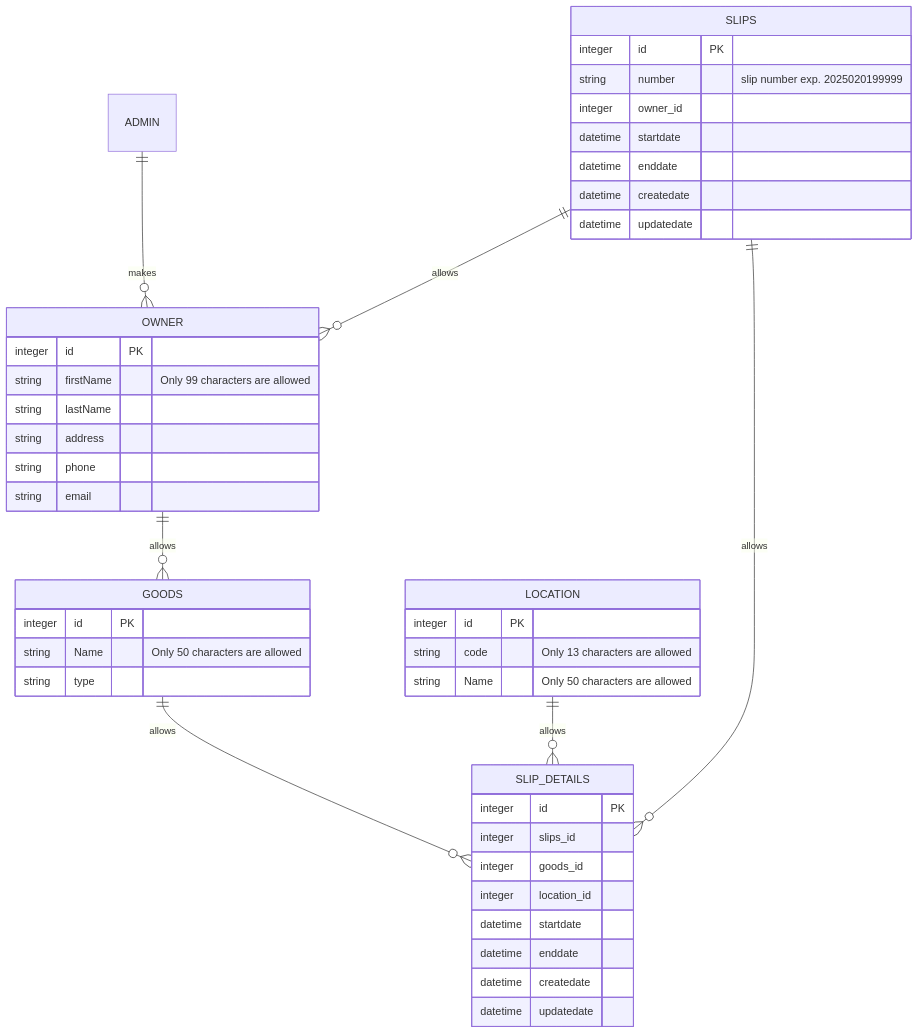
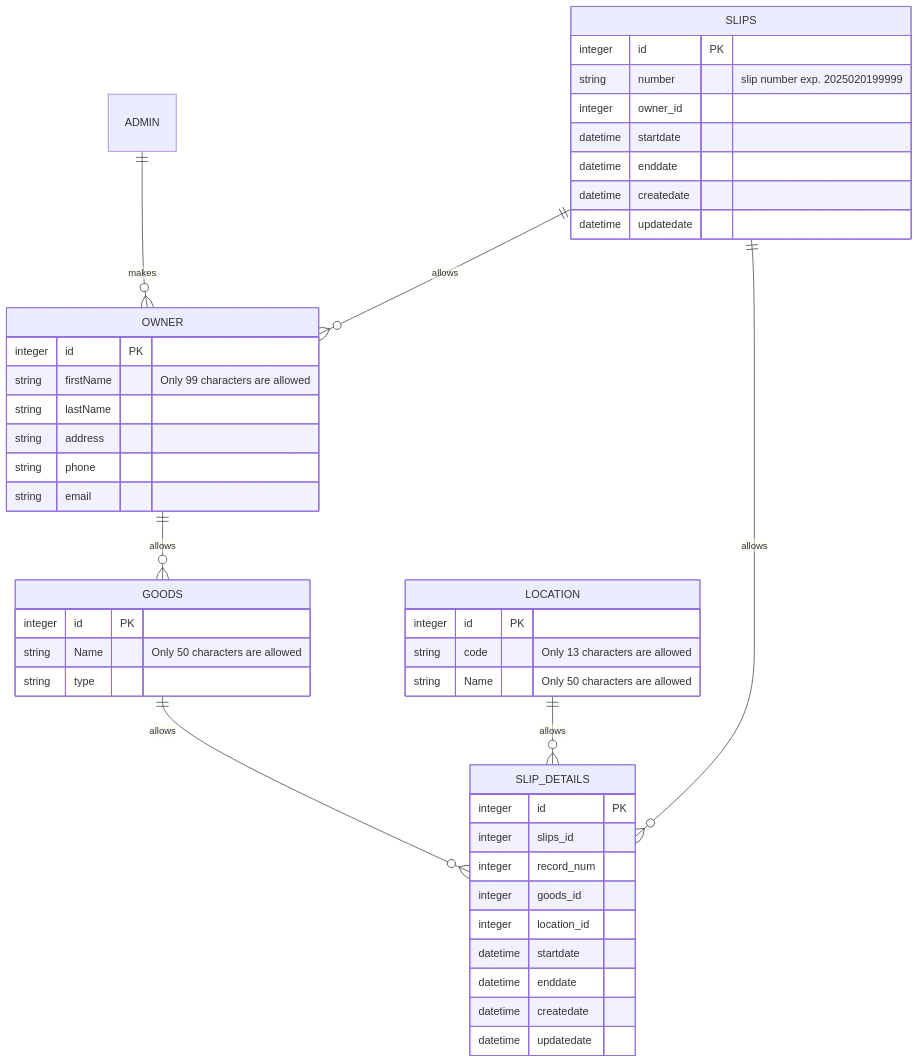
One commit to piot-jp-Team/goods_storage changed the diagram in README.md. Above: the diagram before and after it, drawn with Mermaid. The commit also changed other lines of this file, not shown here.

````diff
--- a/README.md
+++ b/README.md
@@ -40,51 +41,52 @@
 ```mermaid
 erDiagram
     ADMIN ||--o{ OWNER : makes
     OWNER ||--o{ GOODS : allows
     GOODS ||--o{ SLIP_DETAILS : allows
     LOCATION ||--o{ SLIP_DETAILS : allows
     SLIPS ||--o{ OWNER : allows
     SLIPS ||--o{ SLIP_DETAILS : allows
 
   
     OWNER {
         integer id PK
         string firstName "Only 99 characters are allowed"
         string lastName
         string address
         string phone
         string email
     }
 
     GOODS {
         integer id PK
         string Name "Only 50 characters are allowed"
         string type
     }
   
     LOCATION {
         integer id PK
         string code "Only 13 characters are allowed"
         string Name "Only 50 characters are allowed"
     }
 
     SLIPS {
         integer id PK
         string number "slip number exp. 2025020199999"
         integer owner_id
         datetime startdate
         datetime enddate
         datetime createdate
         datetime updatedate
     }
     SLIP_DETAILS {
         integer id PK
-        integer slips_id 
+        integer slips_id
+        integer record_num
         integer goods_id
         integer location_id
         datetime startdate
         datetime enddate
         datetime createdate
         datetime updatedate
     }
 ```
````
